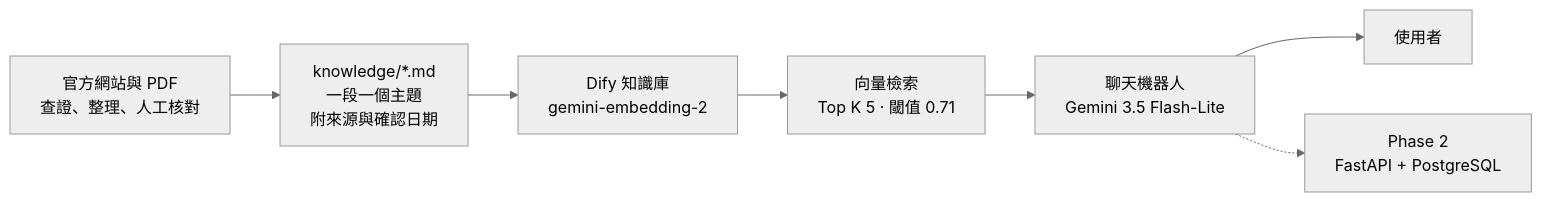
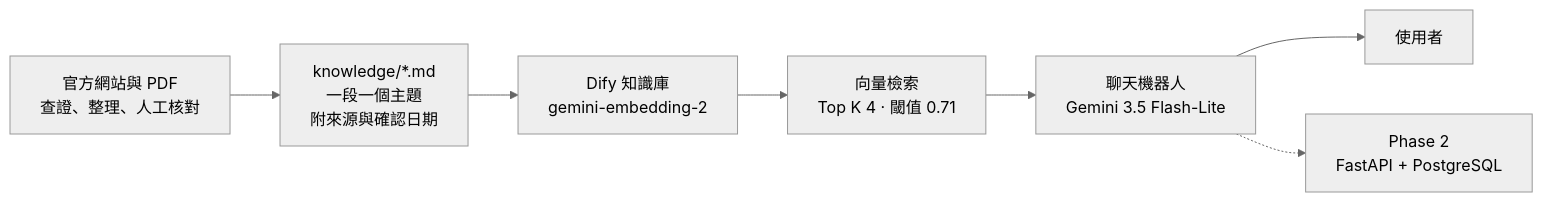
One commit to atsushigo/japan-ferry-kb changed the diagram in README.md. Above: the diagram before and after it, drawn with Mermaid (neutral theme). The commit also changed other lines of this file and 2 other files, not shown here.

First line of the commit message:
Redesign the READMEs: add a table of contents and the Dify flow screenshot at the top

````diff
--- a/README.md
+++ b/README.md
@@ -30,9 +67,9 @@
 ```mermaid
 flowchart LR
   A["官方網站與 PDF<br/>查證、整理、人工核對"] --> C["knowledge/*.md<br/>一段一個主題<br/>附來源與確認日期"]
   C --> D["Dify 知識庫<br/>gemini-embedding-2"]
-  D --> E["向量檢索<br/>Top K 5 · 閾值 0.71"]
+  D --> E["向量檢索<br/>Top K 4 · 閾值 0.71"]
   E --> F["聊天機器人<br/>Gemini 3.5 Flash-Lite"]
   F --> G["使用者"]
   F -.-> H["Phase 2<br/>FastAPI + PostgreSQL"]
 ```
````
